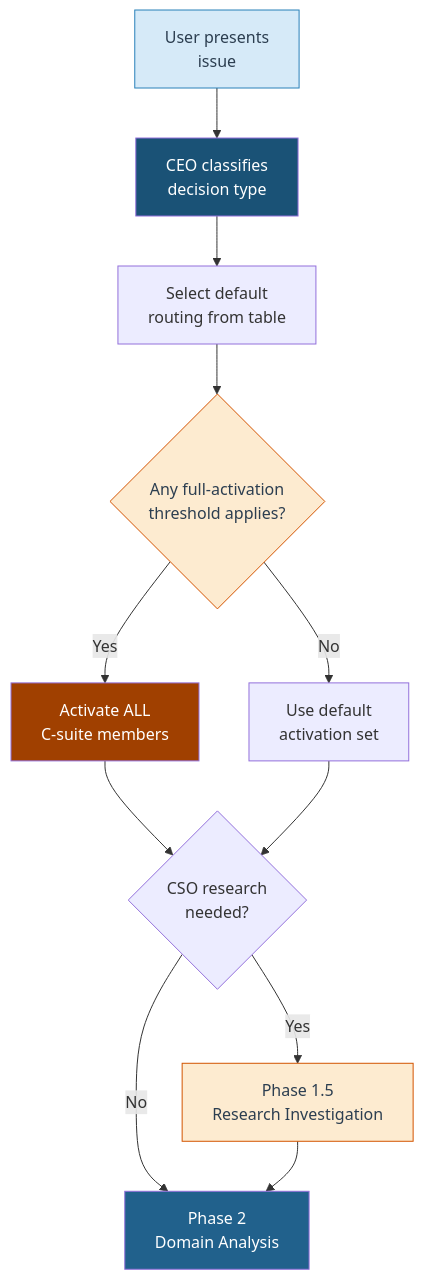
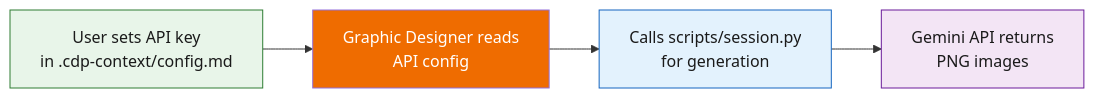
One commit to apatheticus/corporate-decision-panel changed the seventh of 8 diagrams in docs/README.md. Above: the diagram before and after it, drawn with Mermaid. The commit also changed other lines of this file and 6 other files, not shown here.

````diff
--- a/docs/README.md
+++ b/docs/README.md
@@ -1547,23 +623,14 @@
 ```mermaid
-flowchart TD
-    Issue["User presents\nissue"] --> Classify["CEO classifies\ndecision type"]
-    Classify --> Route["Select default\nrouting from table"]
-    Route --> Threshold{"Any full-activation\nthreshold applies?"}
+flowchart LR
+    User["User sets API key\nin .cdp-context/config.md"]
+    IA["Graphic Designer reads\nAPI config"]
+    Script["Calls scripts/session.py\nfor generation"]
+    API["Gemini API returns\nPNG images"]
 
-    Threshold -->|Yes| Full["Activate ALL\nC-suite members"]
-    Threshold -->|No| Default["Use default\nactivation set"]
+    User --> IA --> Script --> API
 
-    Full --> CSO{"CSO research\nneeded?"}
-    Default --> CSO
-
-    CSO -->|Yes| Research["Phase 1.5\nResearch Investigation"]
-    CSO -->|No| Analysis["Phase 2\nDomain Analysis"]
-    Research --> Analysis
-
-    style Issue fill:#D6EAF8,stroke:#2980B9,color:#2C3E50
-    style Classify fill:#1A5276,color:#fff
-    style Threshold fill:#FDEBD0,stroke:#D35400,color:#2C3E50
-    style Full fill:#A04000,color:#fff
-    style Research fill:#FDEBD0,stroke:#D35400,color:#2C3E50
-    style Analysis fill:#21618C,color:#fff
+    style User fill:#e8f5e9,stroke:#2e7d32,color:#1a1a1a
+    style IA fill:#ef6c00,color:#fff
+    style Script fill:#e3f2fd,stroke:#1565c0,color:#1a1a1a
+    style API fill:#f3e5f5,stroke:#6a1b9a,color:#1a1a1a
 ```
````
